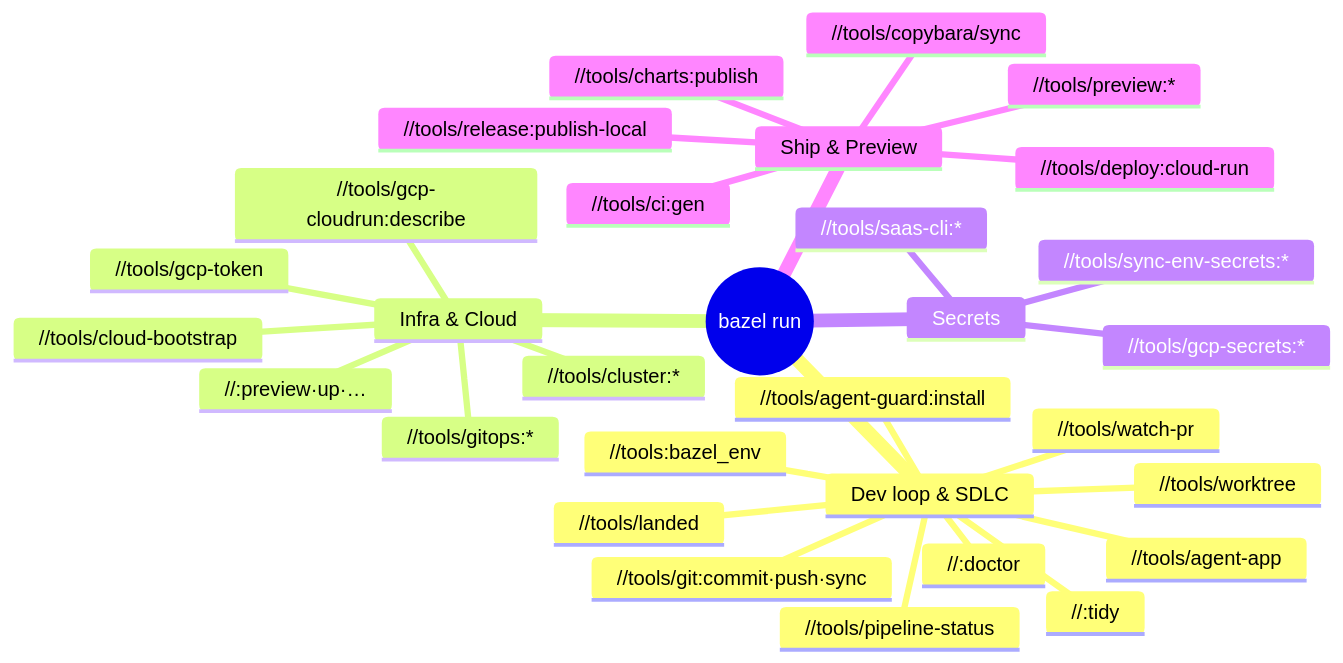
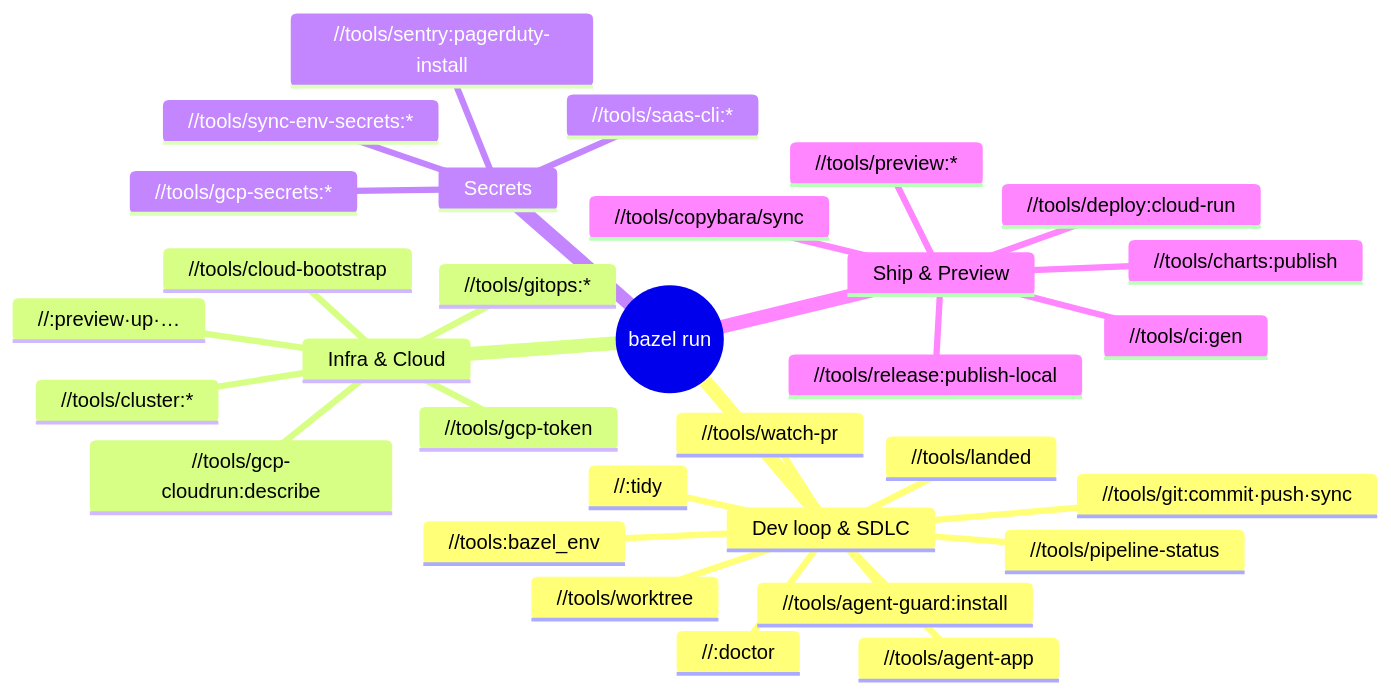
The diagram in docs/reference/bazel-targets.md (VitruvianSoftware/vitruvian-core), drawn with Mermaid before and after one commit. The commit also changed other lines of this file and 7 other files, not shown here.

Commit message:
feat(sentry): add pagerduty-install bootstrap tool

````diff
--- a/docs/reference/bazel-targets.md
+++ b/docs/reference/bazel-targets.md
@@ -11,33 +11,34 @@
 ```mermaid
 mindmap
   root((bazel run))
     Dev loop & SDLC
       //:doctor
       //tools/worktree
       //tools/git:commit·push·sync
       //tools/agent-guard:install
       //tools/agent-app
       //tools/watch-pr
       //tools/landed
       //tools/pipeline-status
       //:tidy
       //tools:bazel_env
     Infra & Cloud
       //<pulumi project>:preview·up·…
       //tools/gcp-token
       //tools/gcp-cloudrun:describe
       //tools/cloud-bootstrap
       //tools/gitops:*
       //tools/cluster:*
     Secrets
       //tools/gcp-secrets:*
       //tools/sync-env-secrets:*
       //tools/saas-cli:*
+      //tools/sentry:pagerduty-install
     Ship & Preview
       //tools/ci:gen
       //tools/deploy:cloud-run
       //tools/preview:*
       //tools/charts:publish
       //tools/release:publish-local
       //tools/copybara/sync
 ```
````
